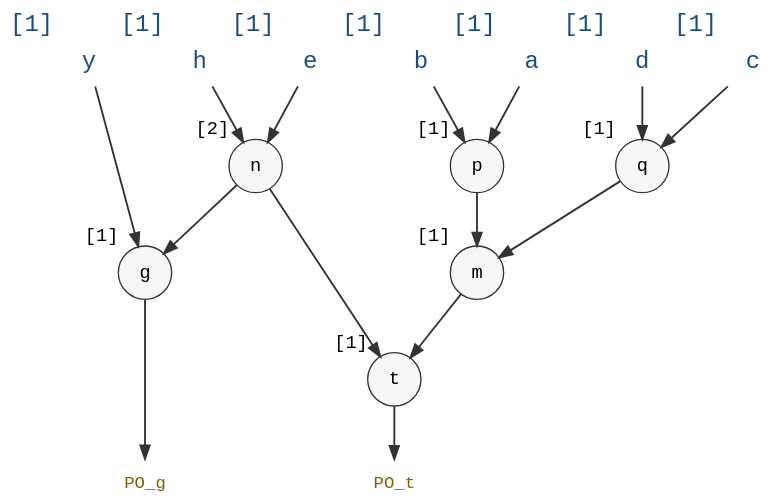
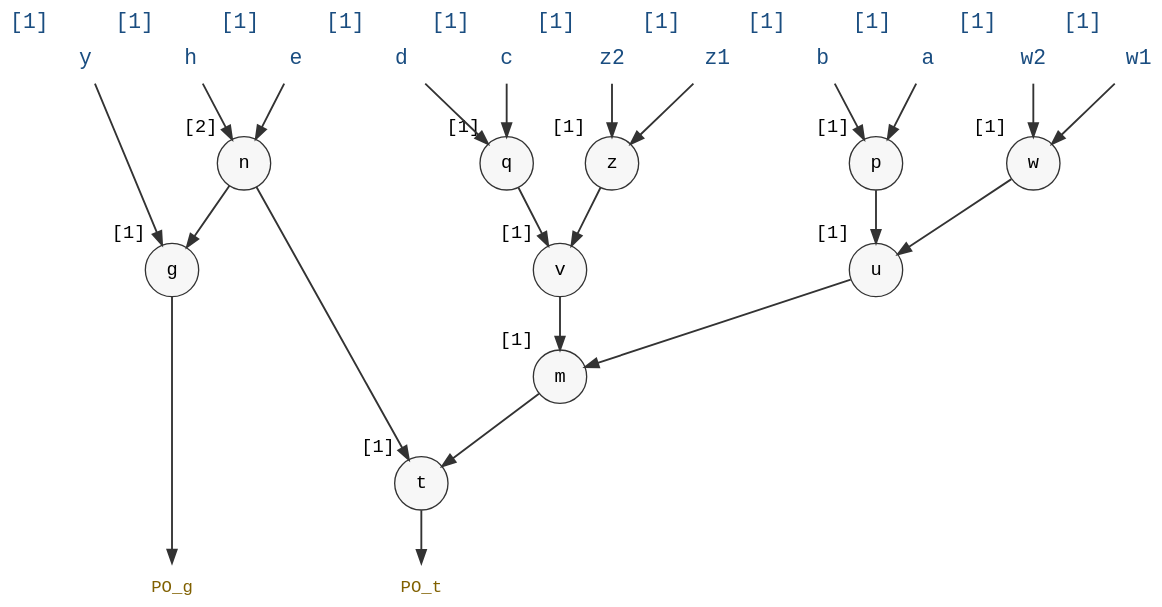
One commit to cyberseihis/abc-synthesis-notes changed the diagram in viz/diagrams/mffc_demo.dot. Above: the diagram before and after it, drawn with Graphviz. The commit also changed 5 other files, not shown here.

```diff
--- a/viz/diagrams/mffc_demo.dot
+++ b/viz/diagrams/mffc_demo.dot
@@ -1,60 +1,76 @@
 // Circuit for the MFFC walkthrough.
 //
 // Two outputs: t (target) and g. They SHARE the internal AND node n
 // (n = e & h is consumed by both t and g). So during deref of t, when
 // we reach n, its fanout count goes 2 → 1 (not zero) and n is REJECTED
 // from MFFC even though it's in t's cone — that's the "shared internal
 // node escapes the MFFC" lesson.
 //
-// p, q are cut leaves at internal ANDs with fanout 1; their boost is
-// what stops deref from walking past them into a, b, c, d — that's the
-// "boundary trick protects cut leaves" lesson.
+// p, q, w, z are cut leaves at internal ANDs with fanout 1; their boost
+// is what stops deref from walking past them into a, b, c, d, w1, w2,
+// z1, z2 — that's the "boundary trick protects cut leaves" lesson.
 //
-// MFFC of t with cut {p, q, e, h} = {t, m}. Two of six ANDs.
-// n survives via sharing; p, q survive via boost; e, h, y, g, PO_g
+// MFFC of t with cut {p, q, w, z, e, h} = {t, m, u, v}. Four of nine ANDs.
+// n survives via sharing; p, q, w, z survive via boost; e, h, y, g, PO_g
 // are never touched.
 digraph mffc_demo {
     rankdir = TB
     ranksep = 0.55
-    nodesep = 0.4
+    nodesep = 0.35
     bgcolor = "transparent"
     node [fontname = "monospace", fontsize = 14, color = "#333333"]
     edge [color = "#333333", penwidth = 1.4]
 
     { rank = source
-      a [id="node-a", label="a", xlabel="[1]", shape=plaintext, fontsize=18, fontcolor="#1a4d80"]
-      b [id="node-b", label="b", xlabel="[1]", shape=plaintext, fontsize=18, fontcolor="#1a4d80"]
-      c [id="node-c", label="c", xlabel="[1]", shape=plaintext, fontsize=18, fontcolor="#1a4d80"]
-      d [id="node-d", label="d", xlabel="[1]", shape=plaintext, fontsize=18, fontcolor="#1a4d80"]
-      e [id="node-e", label="e", xlabel="[1]", shape=plaintext, fontsize=18, fontcolor="#1a4d80"]
-      h [id="node-h", label="h", xlabel="[1]", shape=plaintext, fontsize=18, fontcolor="#1a4d80"]
-      y [id="node-y", label="y", xlabel="[1]", shape=plaintext, fontsize=18, fontcolor="#1a4d80"]
+      a  [id="node-a",  label="a",  xlabel="[1]", shape=plaintext, fontsize=16, fontcolor="#1a4d80"]
+      b  [id="node-b",  label="b",  xlabel="[1]", shape=plaintext, fontsize=16, fontcolor="#1a4d80"]
+      c  [id="node-c",  label="c",  xlabel="[1]", shape=plaintext, fontsize=16, fontcolor="#1a4d80"]
+      d  [id="node-d",  label="d",  xlabel="[1]", shape=plaintext, fontsize=16, fontcolor="#1a4d80"]
+      w1 [id="node-w1", label="w1", xlabel="[1]", shape=plaintext, fontsize=16, fontcolor="#1a4d80"]
+      w2 [id="node-w2", label="w2", xlabel="[1]", shape=plaintext, fontsize=16, fontcolor="#1a4d80"]
+      z1 [id="node-z1", label="z1", xlabel="[1]", shape=plaintext, fontsize=16, fontcolor="#1a4d80"]
+      z2 [id="node-z2", label="z2", xlabel="[1]", shape=plaintext, fontsize=16, fontcolor="#1a4d80"]
+      e  [id="node-e",  label="e",  xlabel="[1]", shape=plaintext, fontsize=16, fontcolor="#1a4d80"]
+      h  [id="node-h",  label="h",  xlabel="[1]", shape=plaintext, fontsize=16, fontcolor="#1a4d80"]
+      y  [id="node-y",  label="y",  xlabel="[1]", shape=plaintext, fontsize=16, fontcolor="#1a4d80"]
     }
 
     p [id="node-p", label="p", xlabel="[1]", shape=circle, width=0.55, fixedsize=true, style=filled, fillcolor="#f7f7f7"]
     q [id="node-q", label="q", xlabel="[1]", shape=circle, width=0.55, fixedsize=true, style=filled, fillcolor="#f7f7f7"]
+    w [id="node-w", label="w", xlabel="[1]", shape=circle, width=0.55, fixedsize=true, style=filled, fillcolor="#f7f7f7"]
+    z [id="node-z", label="z", xlabel="[1]", shape=circle, width=0.55, fixedsize=true, style=filled, fillcolor="#f7f7f7"]
+    u [id="node-u", label="u", xlabel="[1]", shape=circle, width=0.55, fixedsize=true, style=filled, fillcolor="#f7f7f7"]
+    v [id="node-v", label="v", xlabel="[1]", shape=circle, width=0.55, fixedsize=true, style=filled, fillcolor="#f7f7f7"]
     m [id="node-m", label="m", xlabel="[1]", shape=circle, width=0.55, fixedsize=true, style=filled, fillcolor="#f7f7f7"]
     n [id="node-n", label="n", xlabel="[2]", shape=circle, width=0.55, fixedsize=true, style=filled, fillcolor="#f7f7f7"]
     t [id="node-t", label="t", xlabel="[1]", shape=circle, width=0.55, fixedsize=true, style=filled, fillcolor="#f7f7f7"]
     g [id="node-g", label="g", xlabel="[1]", shape=circle, width=0.55, fixedsize=true, style=filled, fillcolor="#f7f7f7"]
 
     { rank = sink
       POt [id="node-POt", label="PO_t", shape=plaintext, fontsize=13, fontcolor="#806000"]
       POg [id="node-POg", label="PO_g", shape=plaintext, fontsize=13, fontcolor="#806000"]
     }
 
-    a -> p [id="edge-a-p"]
-    b -> p [id="edge-b-p"]
-    c -> q [id="edge-c-q"]
-    d -> q [id="edge-d-q"]
-    p -> m [id="edge-p-m"]
-    q -> m [id="edge-q-m"]
-    e -> n [id="edge-e-n"]
-    h -> n [id="edge-h-n"]
-    m -> t [id="edge-m-t"]
-    n -> t [id="edge-n-t"]
-    n -> g [id="edge-n-g"]
-    y -> g [id="edge-y-g"]
-    t -> POt [id="edge-t-POt"]
-    g -> POg [id="edge-g-POg"]
+    a  -> p [id="edge-a-p"]
+    b  -> p [id="edge-b-p"]
+    c  -> q [id="edge-c-q"]
+    d  -> q [id="edge-d-q"]
+    w1 -> w [id="edge-w1-w"]
+    w2 -> w [id="edge-w2-w"]
+    z1 -> z [id="edge-z1-z"]
+    z2 -> z [id="edge-z2-z"]
+    p  -> u [id="edge-p-u"]
+    w  -> u [id="edge-w-u"]
+    q  -> v [id="edge-q-v"]
+    z  -> v [id="edge-z-v"]
+    u  -> m [id="edge-u-m"]
+    v  -> m [id="edge-v-m"]
+    e  -> n [id="edge-e-n"]
+    h  -> n [id="edge-h-n"]
+    m  -> t [id="edge-m-t"]
+    n  -> t [id="edge-n-t"]
+    n  -> g [id="edge-n-g"]
+    y  -> g [id="edge-y-g"]
+    t  -> POt [id="edge-t-POt"]
+    g  -> POg [id="edge-g-POg"]
 }
```
